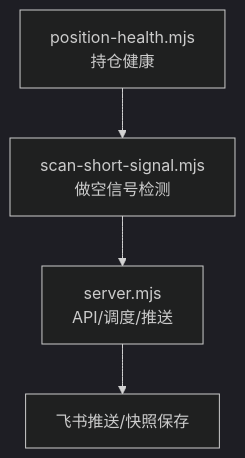
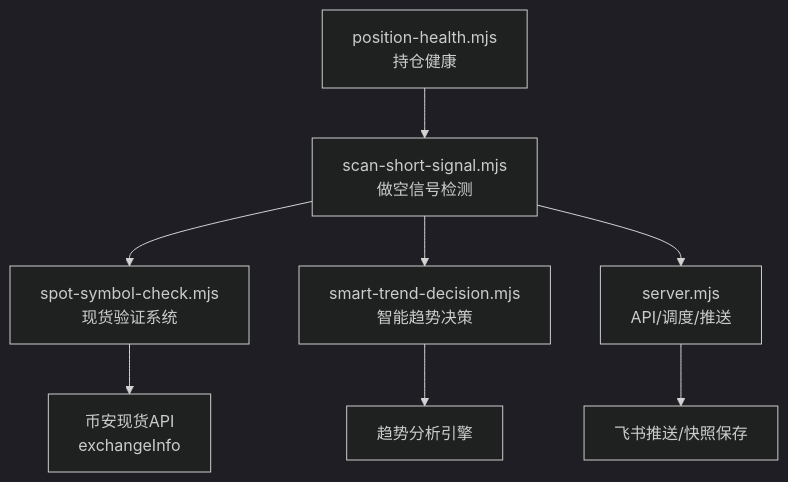
Before and after one commit to kekexilinan/BinaceSmart: the first of 6 diagrams in .qoder/repowiki/zh/content/核心功能模块/做空信号检测.md, drawn with Mermaid (dark theme). The commit also changed other lines of this file and 63 other files, not shown here.

````diff
--- a/.qoder/repowiki/zh/content/核心功能模块/做空信号检测.md
+++ b/.qoder/repowiki/zh/content/核心功能模块/做空信号检测.md
@@ -34,6 +48,10 @@
 ```mermaid
 graph TB
-A["scan-short-signal.mjs<br/>做空信号检测"] --> B["server.mjs<br/>API/调度/推送"]
-B --> C["飞书推送/快照保存"]
-D["position-health.mjs<br/>持仓健康"] --> A
+A["scan-short-signal.mjs<br/>做空信号检测"] --> B["spot-symbol-check.mjs<br/>现货验证系统"]
+A --> C["smart-trend-decision.mjs<br/>智能趋势决策"]
+B --> D["币安现货API<br/>exchangeInfo"]
+C --> E["趋势分析引擎"]
+A --> F["server.mjs<br/>API/调度/推送"]
+F --> G["飞书推送/快照保存"]
+H["position-health.mjs<br/>持仓健康"] --> A
 ```
````
